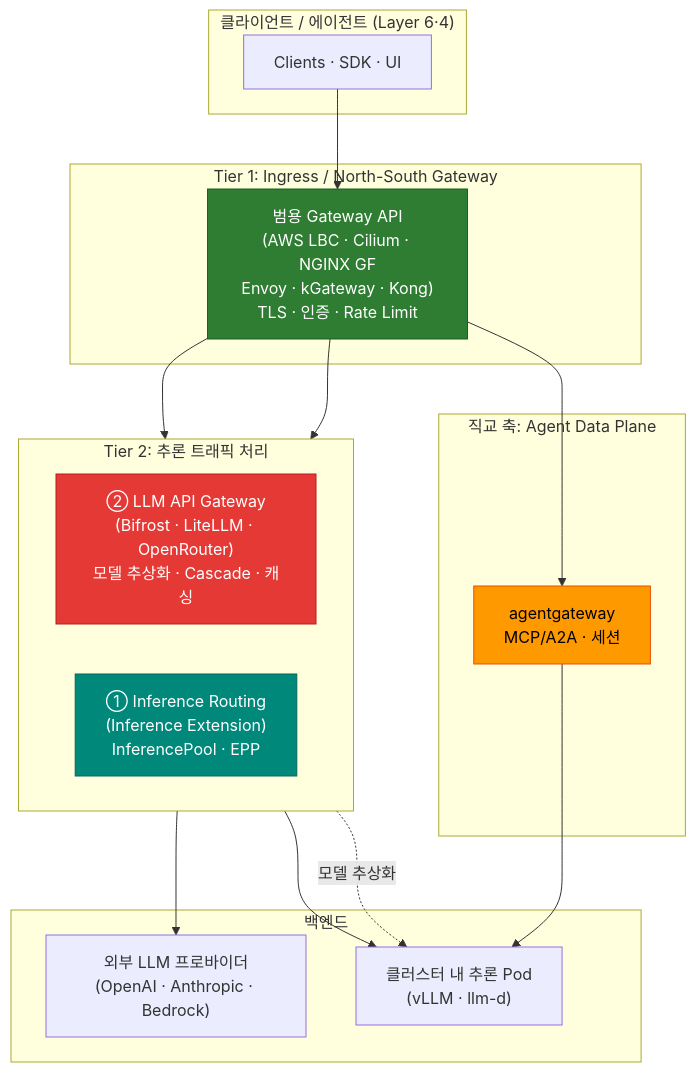
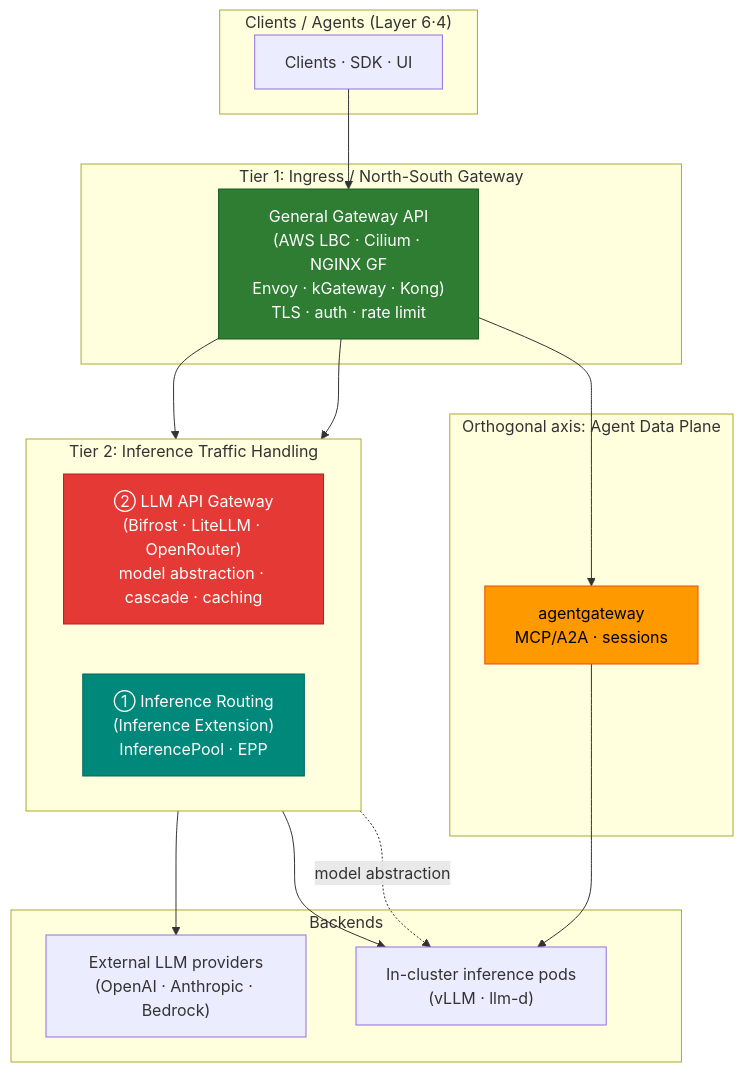
The diagram in docs/agentic-ai-platform/model-serving/inference-routing/tiered-gateway-architecture.md (devfloor9/engineering-playbook), drawn with Mermaid before and after one commit. The commit also changed other lines of this file and 954 other files, not shown here.

````diff
--- a/docs/agentic-ai-platform/model-serving/inference-routing/tiered-gateway-architecture.md
+++ b/docs/agentic-ai-platform/model-serving/inference-routing/tiered-gateway-architecture.md
@@ -53,39 +53,39 @@
 ```mermaid
 flowchart TB
-    subgraph CL["클라이언트 / 에이전트 (Layer 6·4)"]
+    subgraph CL["Clients / Agents (Layer 6·4)"]
         CLIENT[Clients · SDK · UI]
     end
 
     subgraph T1["Tier 1: Ingress / North-South Gateway"]
-        GW1["범용 Gateway API<br/>(AWS LBC · Cilium · NGINX GF<br/>Envoy · kGateway · Kong)<br/>TLS · 인증 · Rate Limit"]
+        GW1["General Gateway API<br/>(AWS LBC · Cilium · NGINX GF<br/>Envoy · kGateway · Kong)<br/>TLS · auth · rate limit"]
     end
 
-    subgraph T2["Tier 2: 추론 트래픽 처리"]
+    subgraph T2["Tier 2: Inference Traffic Handling"]
         direction LR
-        T2A["② LLM API Gateway<br/>(Bifrost · LiteLLM · OpenRouter)<br/>모델 추상화 · Cascade · 캐싱"]
+        T2A["② LLM API Gateway<br/>(Bifrost · LiteLLM · OpenRouter)<br/>model abstraction · cascade · caching"]
         T2B["① Inference Routing<br/>(Inference Extension)<br/>InferencePool · EPP"]
     end
 
-    subgraph ADP["직교 축: Agent Data Plane"]
-        AGW["agentgateway<br/>MCP/A2A · 세션"]
+    subgraph ADP["Orthogonal axis: Agent Data Plane"]
+        AGW["agentgateway<br/>MCP/A2A · sessions"]
     end
 
-    subgraph BE["백엔드"]
-        EXT["외부 LLM 프로바이더<br/>(OpenAI · Anthropic · Bedrock)"]
-        PODS["클러스터 내 추론 Pod<br/>(vLLM · llm-d)"]
+    subgraph BE["Backends"]
+        EXT["External LLM providers<br/>(OpenAI · Anthropic · Bedrock)"]
+        PODS["In-cluster inference pods<br/>(vLLM · llm-d)"]
     end
 
     CLIENT --> GW1
     GW1 --> T2A
     GW1 --> T2B
     GW1 --> AGW
     T2A --> EXT
-    T2A -.모델 추상화.-> PODS
+    T2A -.model abstraction.-> PODS
     T2B --> PODS
     AGW --> PODS
 
     style GW1 fill:#2e7d32,stroke:#1b5e20,color:#fff
     style T2A fill:#e53935,stroke:#b71c1c,color:#fff
     style T2B fill:#00897b,stroke:#00695c,color:#fff
     style AGW fill:#ff9900,stroke:#e65100,color:#000
 ```
````
